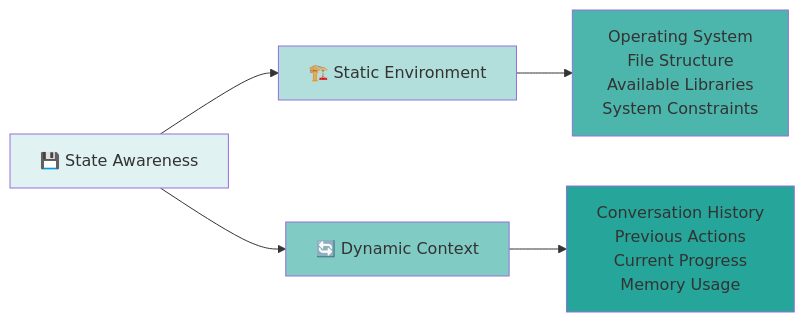
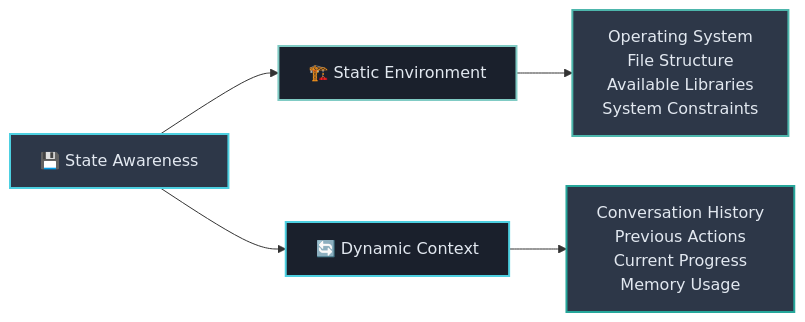
The sixth of 8 diagrams in Part_II_Section_5_The_Anatomy_of_an_Agentic_System_Prompt_A_Universal_Blueprint.md (josemlopez/prompt_tutorial), drawn with Mermaid before and after one commit. The commit also changed other lines of this file and 7 other files, not shown here.

````diff
--- a/Part_II_Section_5_The_Anatomy_of_an_Agentic_System_Prompt_A_Universal_Blueprint.md
+++ b/Part_II_Section_5_The_Anatomy_of_an_Agentic_System_Prompt_A_Universal_Blueprint.md
@@ -277,15 +289,15 @@
 ```mermaid
 graph LR
-    A[💾 State Awareness] --> B[🏗️ Static Environment]
-    A --> C[🔄 Dynamic Context]
-    
-    B --> D[Operating System<br/>File Structure<br/>Available Libraries<br/>System Constraints]
-    
-    C --> E[Conversation History<br/>Previous Actions<br/>Current Progress<br/>Memory Usage]
-    
-    style A fill:#e0f2f1
-    style B fill:#b2dfdb
-    style C fill:#80cbc4
-    style D fill:#4db6ac
-    style E fill:#26a69a
+   A[💾 State Awareness] --> B[🏗️ Static Environment]
+   A --> C[🔄 Dynamic Context]
+   
+   B --> D[Operating System<br/>File Structure<br/>Available Libraries<br/>System Constraints]
+   
+   C --> E[Conversation History<br/>Previous Actions<br/>Current Progress<br/>Memory Usage]
+   
+   style A fill:#2d3748,stroke:#4dd0e1,stroke-width:2px,color:#e2e8f0
+   style B fill:#1a202c,stroke:#80cbc4,stroke-width:2px,color:#e2e8f0
+   style C fill:#1a202c,stroke:#4dd0e1,stroke-width:2px,color:#e2e8f0
+   style D fill:#2d3748,stroke:#4db6ac,stroke-width:2px,color:#e2e8f0
+   style E fill:#2d3748,stroke:#26a69a,stroke-width:2px,color:#e2e8f0
 ```
````
